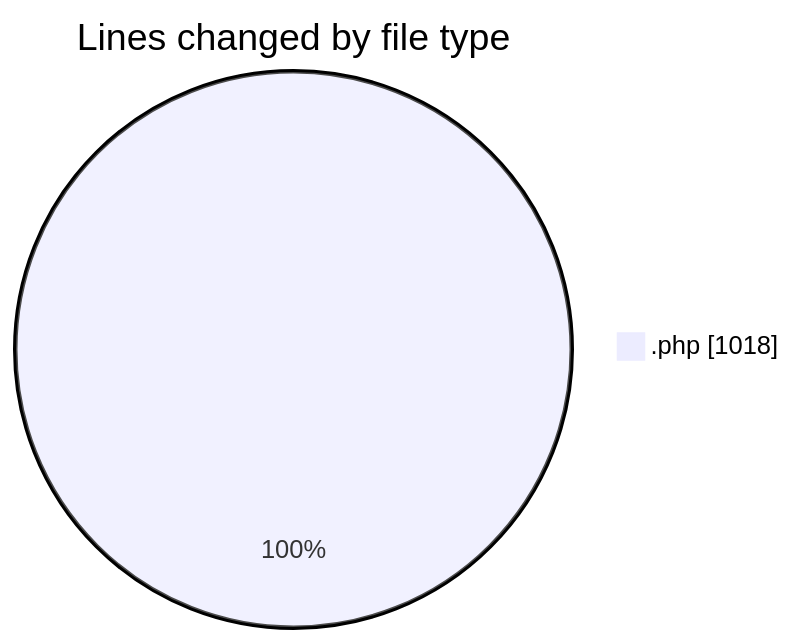
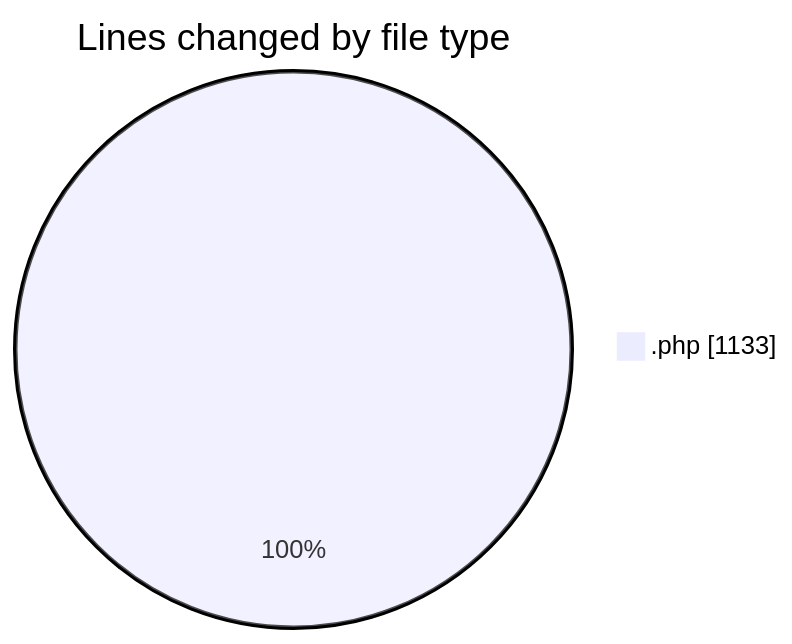
The first of 2 diagrams in 2025-10-14/untitled__workspace_/README.md (debugP/code-tracking), drawn with Mermaid before and after one commit. The commit also changed other lines of this file and 1 other file, not shown here.

````diff
--- a/2025-10-14/untitled__workspace_/README.md
+++ b/2025-10-14/untitled__workspace_/README.md
@@ -20,5 +20,5 @@
 ```mermaid
 pie showData
 title Lines changed by file type
-".php" : 1018
+".php" : 1133
 ```
````
